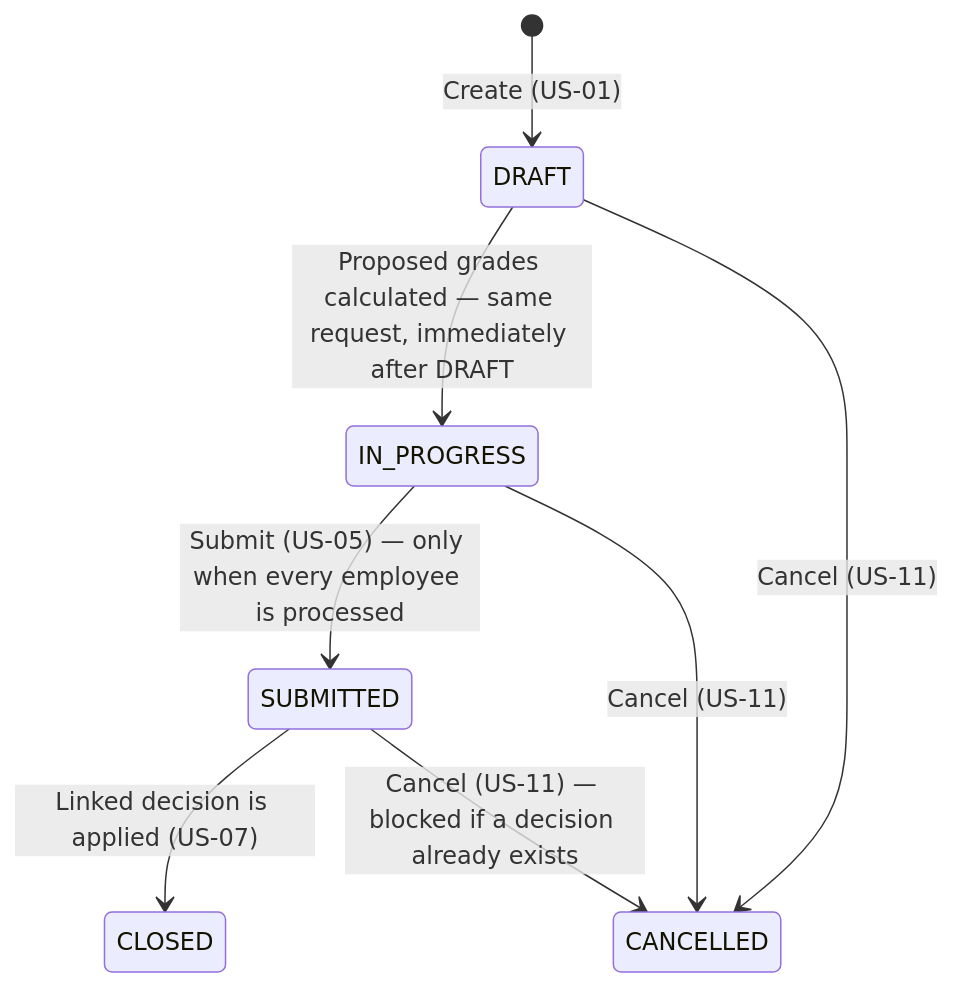
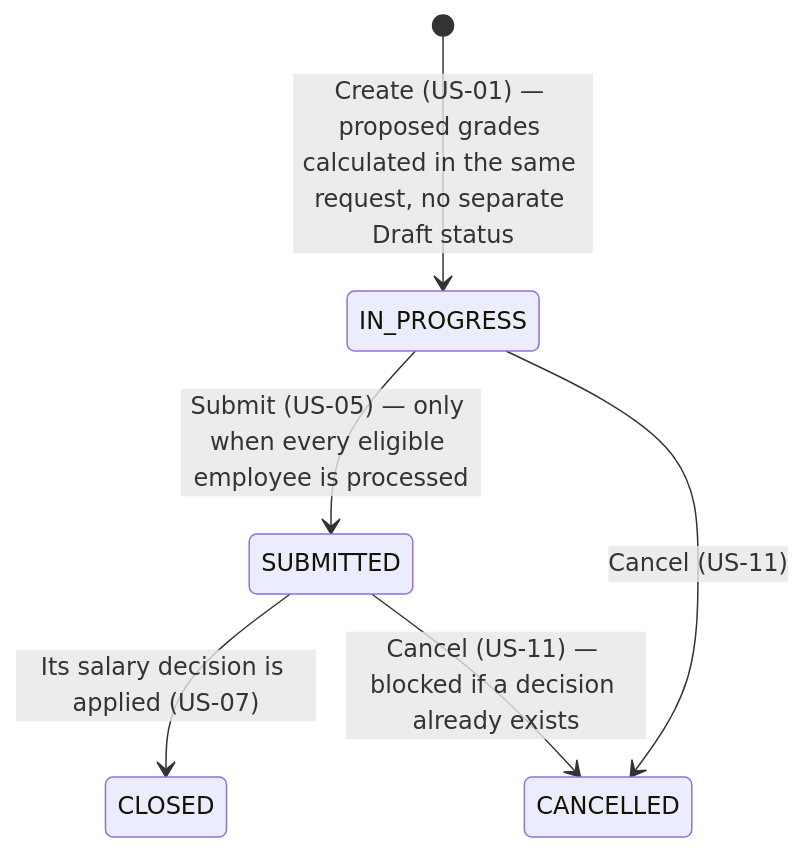
Before and after one commit to sang2197/QuanLyNhanSu-NguyenVanSang: the first of 3 diagrams in Docs/DetailedDesign/StateDiagrams.md, drawn with Mermaid. The commit also changed other lines of this file and 20 other files, not shown here.

````diff
--- a/Docs/DetailedDesign/StateDiagrams.md
+++ b/Docs/DetailedDesign/StateDiagrams.md
@@ -7,10 +7,8 @@
 ```mermaid
 stateDiagram-v2
-    [*] --> DRAFT : Create (US-01)
-    DRAFT --> IN_PROGRESS : Proposed grades calculated — same request, immediately after DRAFT
-    IN_PROGRESS --> SUBMITTED : Submit (US-05) — only when every employee is processed
-    SUBMITTED --> CLOSED : Linked decision is applied (US-07)
-    DRAFT --> CANCELLED : Cancel (US-11)
+    [*] --> IN_PROGRESS : Create (US-01) — proposed grades calculated in the same request, no separate Draft status
+    IN_PROGRESS --> SUBMITTED : Submit (US-05) — only when every eligible employee is processed
+    SUBMITTED --> CLOSED : Its salary decision is applied (US-07)
     IN_PROGRESS --> CANCELLED : Cancel (US-11)
     SUBMITTED --> CANCELLED : Cancel (US-11) — blocked if a decision already exists
 ```
````
